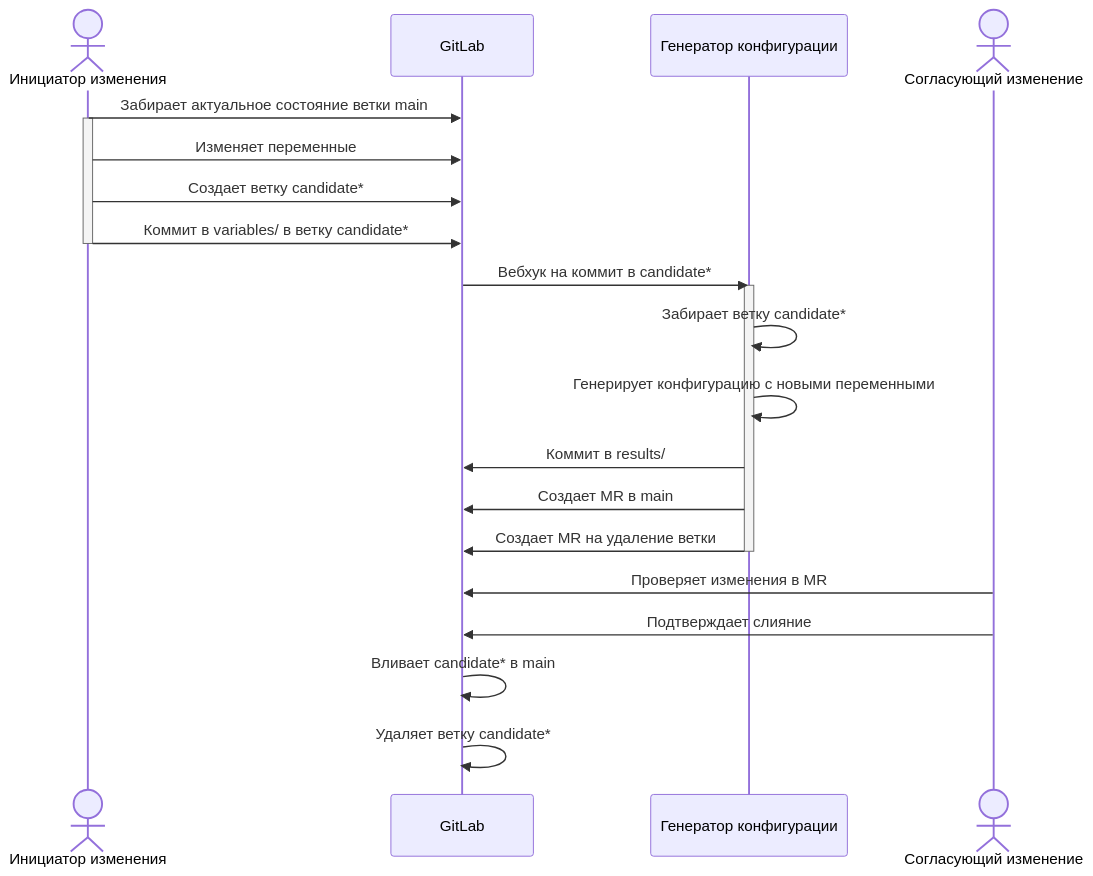
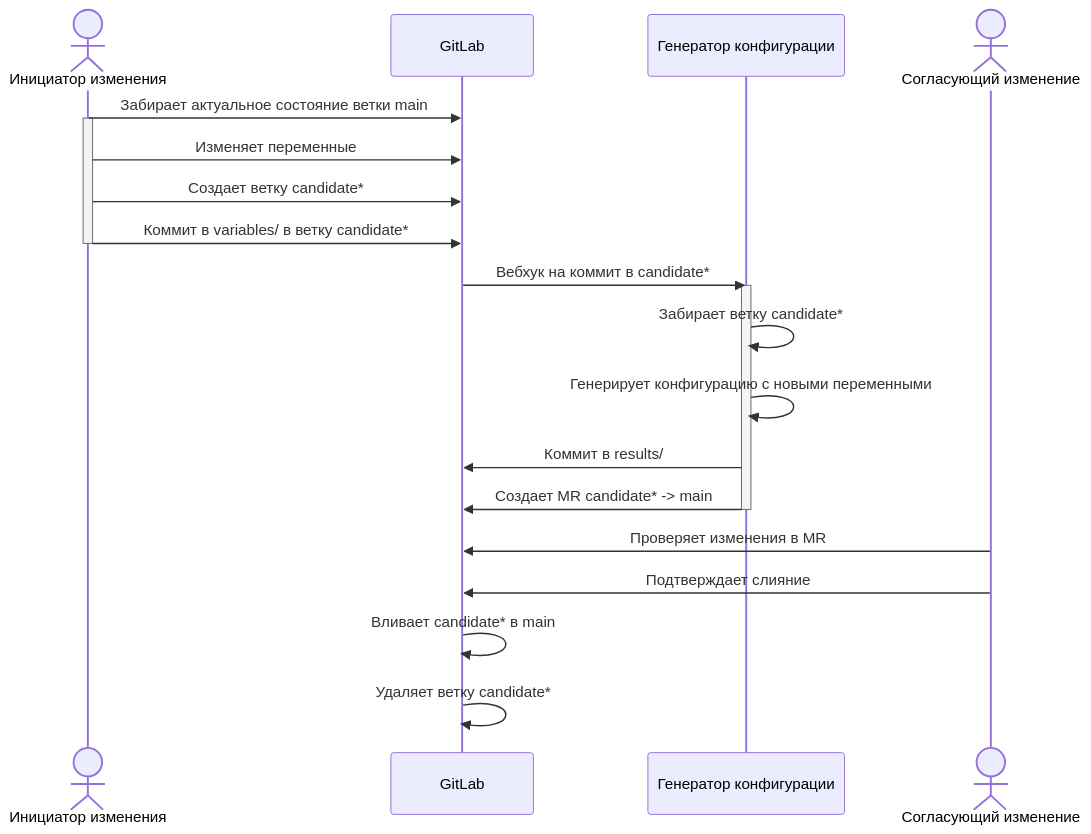
One commit to Akellazzz/config_templates_infra changed the fifth of 6 diagrams in README.md. Above: the diagram before and after it, drawn with Mermaid.

````diff
--- a/README.md
+++ b/README.md
@@ -105,32 +105,31 @@
 ```mermaid
 sequenceDiagram
     actor U as Инициатор изменения
     participant G as GitLab
     participant C as Генератор конфигурации
     actor A as Согласующий изменение
 
 
     U->>G: Забирает актуальное состояние ветки main
     activate U
     U->>G: Изменяет переменные
     U->>G: Создает ветку candidate*
     U->>G: Коммит в variables/ в ветку candidate*
 
     deactivate U
     
     G->>C: Вебхук на коммит в candidate*
     activate C
     
     C->>C: Забирает ветку candidate*
     C->>C: Генерирует конфигурацию с новыми переменными
     C->>G: Коммит в results/
-    C->>G: Создает MR в main
-    C->>G: Создает MR на удаление ветки
+    C->>G: Создает MR candidate* -> main
     
     deactivate C
     
     A->>G: Проверяет изменения в MR
     A->>G: Подтверждает слияние
     G->>G: Вливает candidate* в main
     G->>G: Удаляет ветку candidate*
 ```
````
